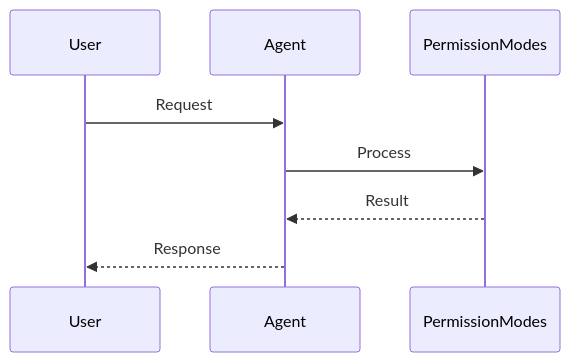
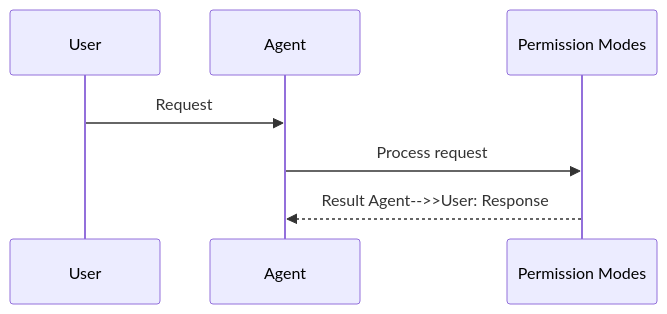
One commit to MervinPraison/PraisonAIDocs changed the second of 3 diagrams in docs/features/permission-modes.mdx. Above: the diagram before and after it, drawn with Mermaid. The commit also changed 204 other files, not shown here.

First line of the commit message:
docs: align feature/tool pages with AGENTS.md hero + sequence + import standards (fixes #1775)

````diff
--- a/docs/features/permission-modes.mdx
+++ b/docs/features/permission-modes.mdx
@@ -50,11 +50,10 @@
 ```mermaid
 sequenceDiagram
     participant User
     participant Agent
-    participant PermissionModes
+    participant Feature as Permission Modes
 
     User->>Agent: Request
-    Agent->>PermissionModes: Process
-    PermissionModes-->>Agent: Result
-    Agent-->>User: Response
+    Agent->>Feature: Process request
+    Feature-->>Agent: Result    Agent-->>User: Response
 ```
````
